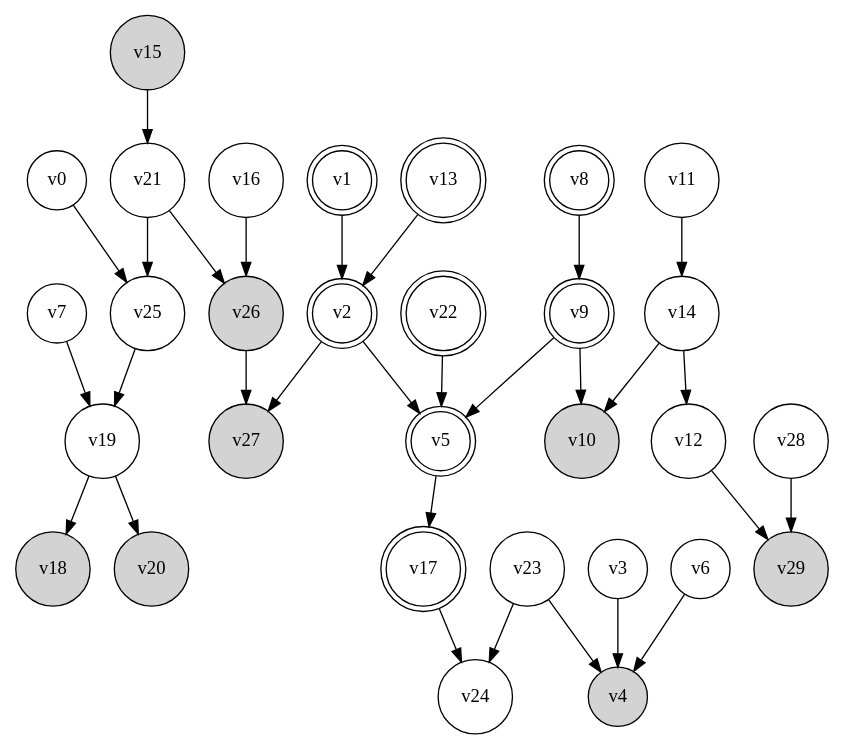
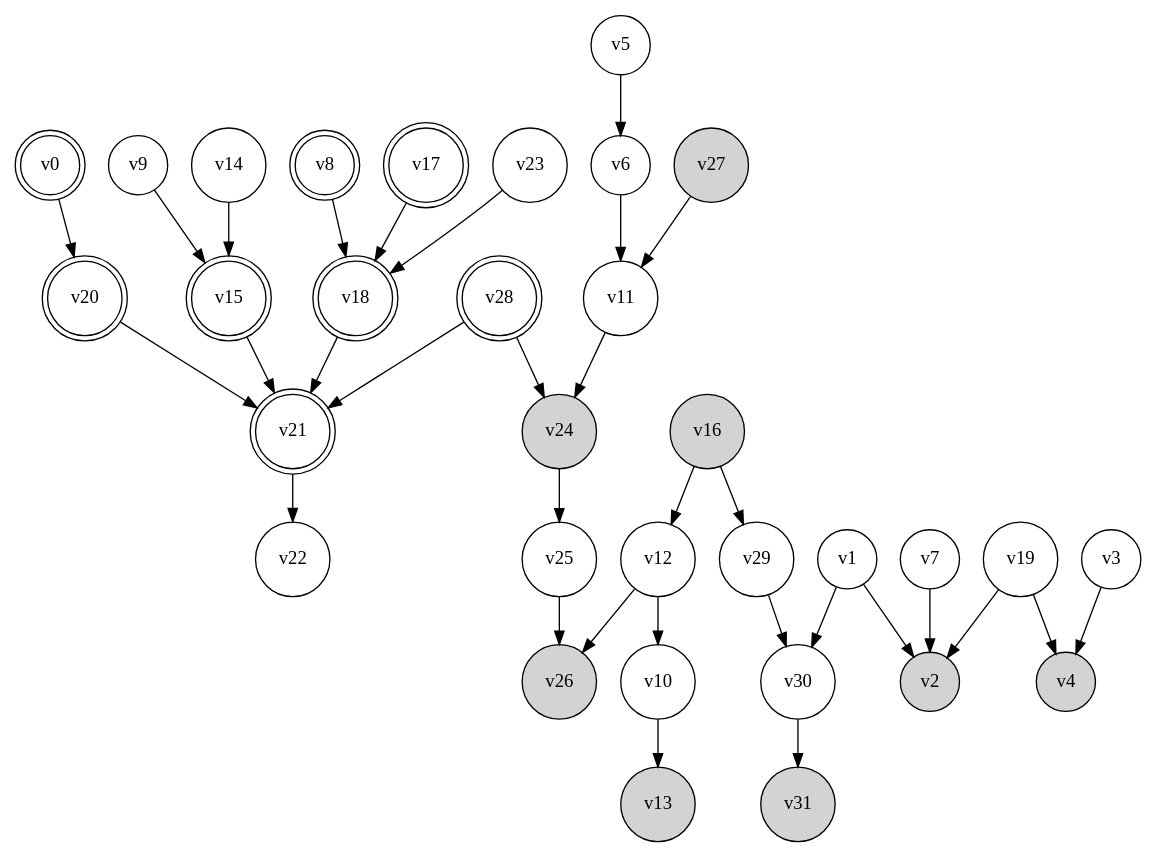
One commit to arthurhaiying/TestingBayesianNetwork changed the diagram in polytree.gv. Above: the diagram before and after it, drawn with Graphviz. The commit also changed 18 other files, not shown here.

```diff
--- a/polytree.gv
+++ b/polytree.gv
@@ -1,62 +1,66 @@
 digraph {
 	rankdir=TD
-	v0 [shape=circle]
-	v1 [shape=doublecircle]
-	v2 [shape=doublecircle]
+	v0 [shape=doublecircle]
+	v1 [shape=circle]
+	v2 [shape=circle style=filled]
 	v3 [shape=circle]
 	v4 [shape=circle style=filled]
-	v5 [shape=doublecircle]
+	v5 [shape=circle]
 	v6 [shape=circle]
 	v7 [shape=circle]
 	v8 [shape=doublecircle]
-	v9 [shape=doublecircle]
-	v10 [shape=circle style=filled]
+	v9 [shape=circle]
+	v10 [shape=circle]
 	v11 [shape=circle]
 	v12 [shape=circle]
-	v13 [shape=doublecircle]
+	v13 [shape=circle style=filled]
 	v14 [shape=circle]
-	v15 [shape=circle style=filled]
-	v16 [shape=circle]
+	v15 [shape=doublecircle]
+	v16 [shape=circle style=filled]
 	v17 [shape=doublecircle]
-	v18 [shape=circle style=filled]
+	v18 [shape=doublecircle]
 	v19 [shape=circle]
-	v20 [shape=circle style=filled]
-	v21 [shape=circle]
-	v22 [shape=doublecircle]
+	v20 [shape=doublecircle]
+	v21 [shape=doublecircle]
+	v22 [shape=circle]
 	v23 [shape=circle]
-	v24 [shape=circle]
+	v24 [shape=circle style=filled]
 	v25 [shape=circle]
 	v26 [shape=circle style=filled]
 	v27 [shape=circle style=filled]
-	v28 [shape=circle]
-	v29 [shape=circle style=filled]
-	v0 -> v25
+	v28 [shape=doublecircle]
+	v29 [shape=circle]
+	v30 [shape=circle]
+	v31 [shape=circle style=filled]
+	v0 -> v20
 	v1 -> v2
-	v2 -> v27
-	v2 -> v5
+	v1 -> v30
 	v3 -> v4
-	v5 -> v17
-	v6 -> v4
-	v7 -> v19
-	v8 -> v9
-	v9 -> v10
-	v9 -> v5
-	v11 -> v14
-	v12 -> v29
-	v13 -> v2
-	v14 -> v10
-	v14 -> v12
+	v5 -> v6
+	v6 -> v11
+	v7 -> v2
+	v8 -> v18
+	v9 -> v15
+	v10 -> v13
+	v11 -> v24
+	v12 -> v26
+	v12 -> v10
+	v14 -> v15
 	v15 -> v21
-	v16 -> v26
-	v17 -> v24
-	v19 -> v18
-	v19 -> v20
-	v21 -> v25
-	v21 -> v26
-	v22 -> v5
-	v23 -> v4
-	v23 -> v24
-	v25 -> v19
-	v26 -> v27
-	v28 -> v29
+	v16 -> v29
+	v16 -> v12
+	v17 -> v18
+	v18 -> v21
+	v19 -> v2
+	v19 -> v4
+	v20 -> v21
+	v21 -> v22
+	v23 -> v18
+	v24 -> v25
+	v25 -> v26
+	v27 -> v11
+	v28 -> v21
+	v28 -> v24
+	v29 -> v30
+	v30 -> v31
 }
```
